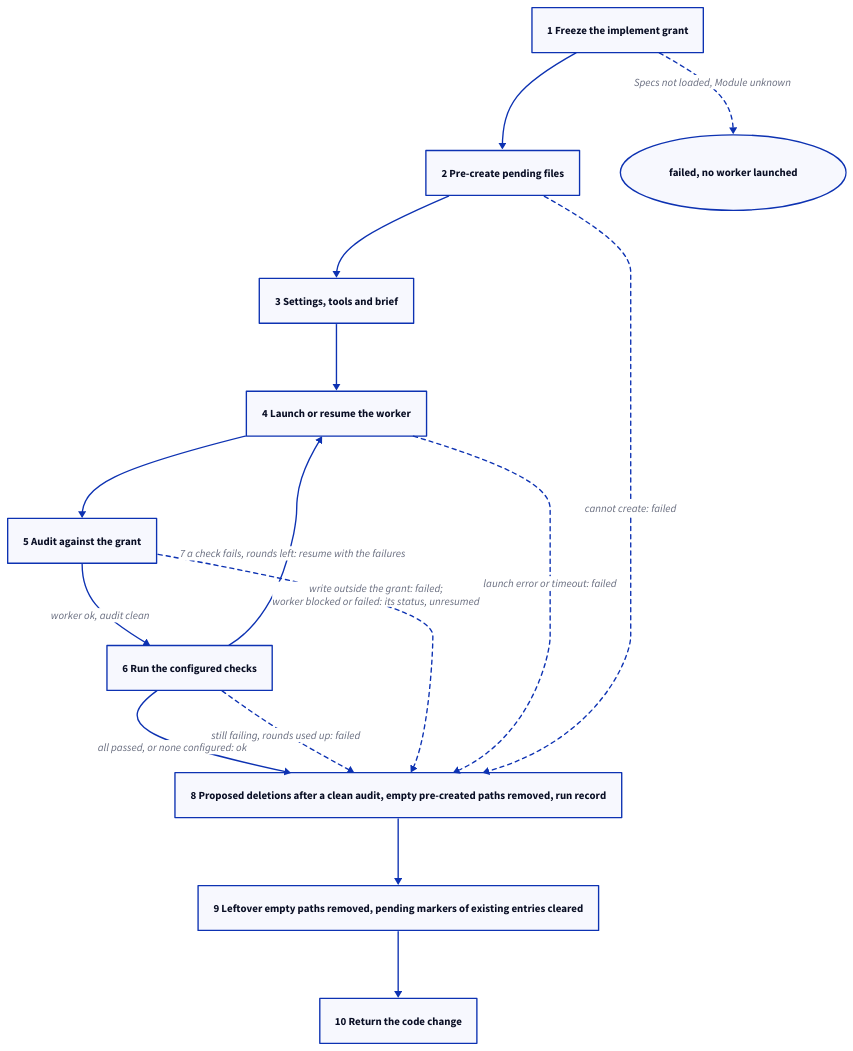
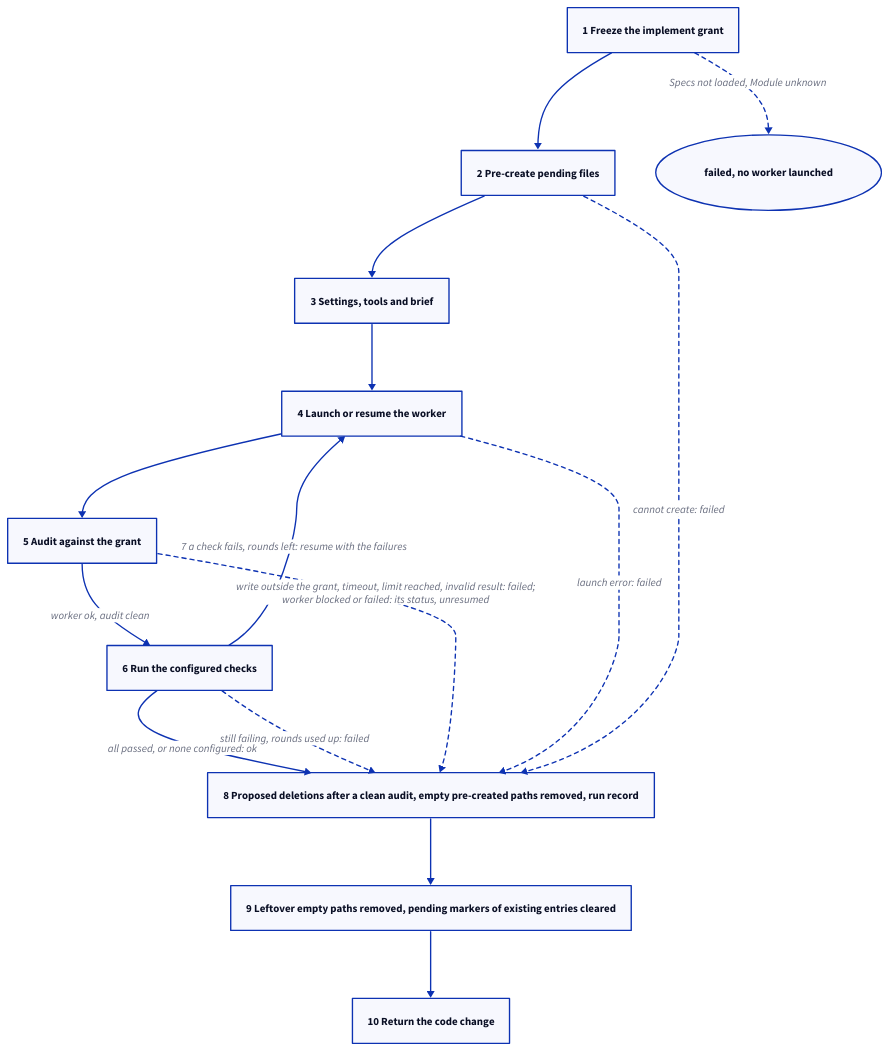
The diagram in specs/concorde/execution/operations/implementation/module.md (FTOD/concorde), drawn with D2 before and after one commit. The commit also changed 3 other files, not shown here.

First line of the commit message:
Operations: correct the panel-review diagrams after review

````diff
--- a/specs/concorde/execution/operations/implementation/module.md
+++ b/specs/concorde/execution/operations/implementation/module.md
@@ -90,23 +90,23 @@
 ```d2 illustrative
 direction: down
 grant: 1 Freeze the implement grant
 precreate: 2 Pre-create pending files
 brief: 3 Settings, tools and brief
 launch: 4 Launch or resume the worker
 audit: 5 Audit against the grant
 checks: 6 Run the configured checks
 record: "8 Proposed deletions after a clean audit, empty pre-created paths removed, run record"
 markers: "9 Leftover empty paths removed, pending markers of existing entries cleared"
 output: 10 Return the code change
 stopped: "failed, no worker launched" {shape: oval}
 grant -> precreate -> brief -> launch -> audit
 audit -> checks: worker ok, audit clean
 launch <- checks: "7 a check fails, rounds left: resume with the failures"
 checks -> record: "all passed, or none configured: ok"
 checks -> record: "still failing, rounds used up: failed" {style.stroke-dash: 3}
-audit -> record: "write outside the grant: failed;\nworker blocked or failed: its status, unresumed" {style.stroke-dash: 3}
-launch -> record: "launch error or timeout: failed" {style.stroke-dash: 3}
+audit -> record: "write outside the grant, timeout, limit reached, invalid result: failed;\nworker blocked or failed: its status, unresumed" {style.stroke-dash: 3}
+launch -> record: "launch error: failed" {style.stroke-dash: 3}
 precreate -> record: "cannot create: failed" {style.stroke-dash: 3}
 grant -> stopped: Specs not loaded, Module unknown {style.stroke-dash: 3}
 record -> markers -> output
 ```
````
